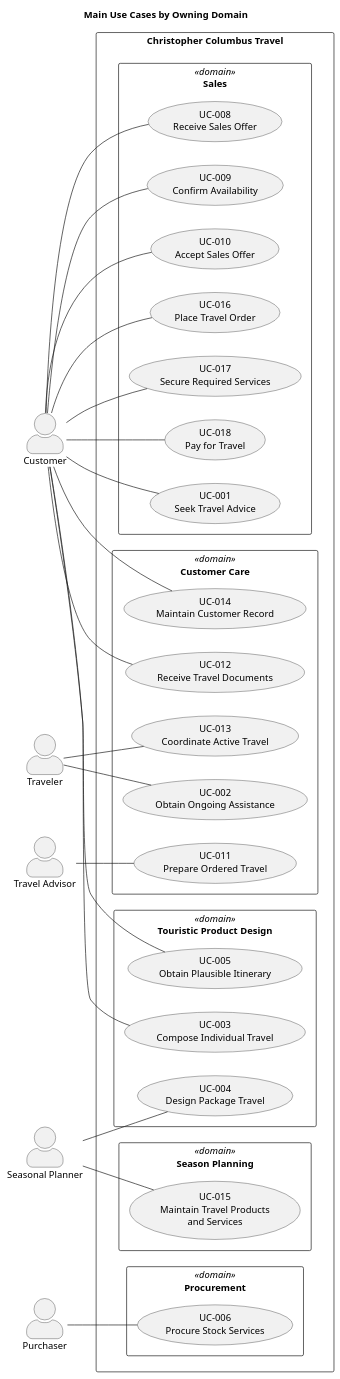
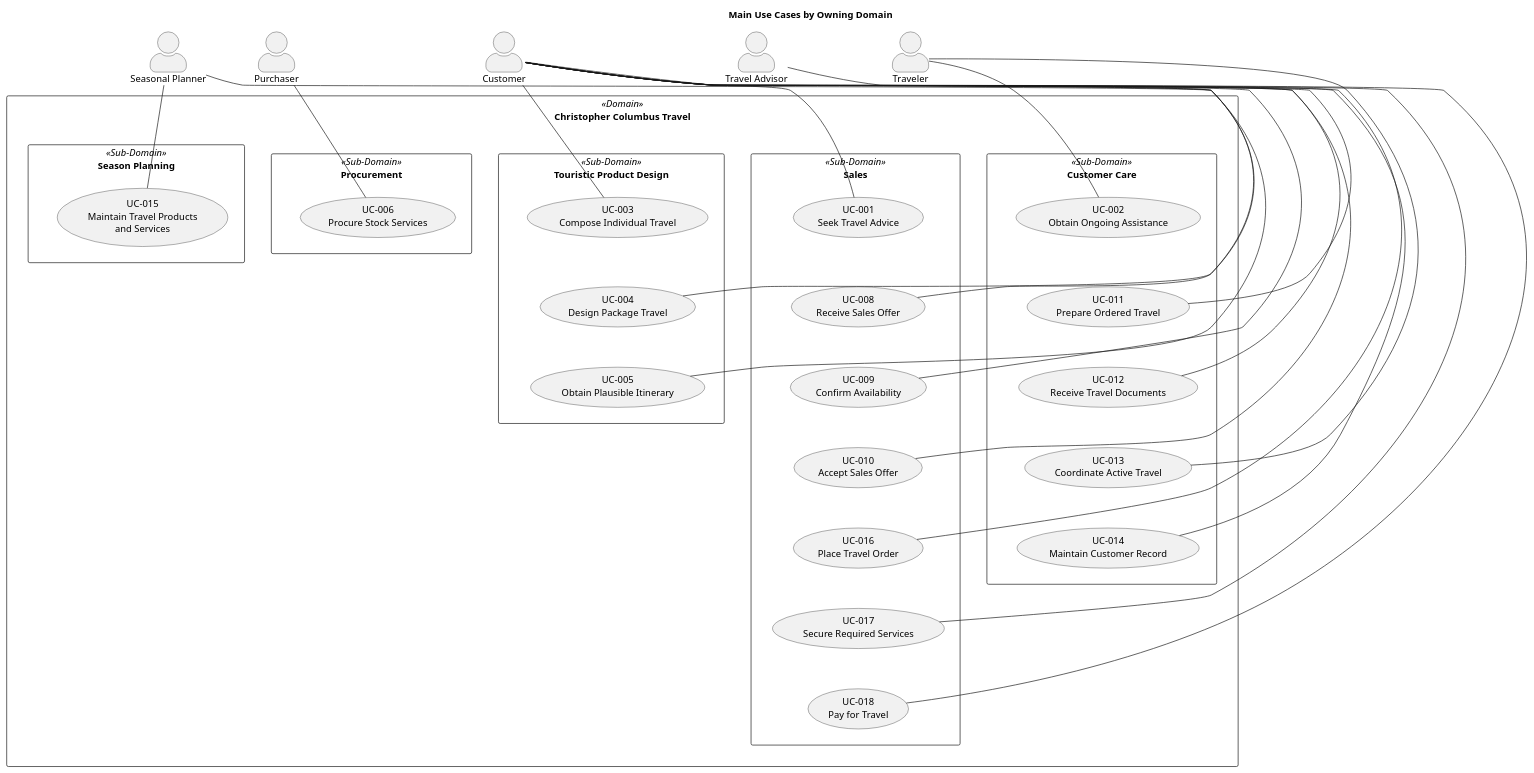
One commit to hochschule-darmstadt/a3se_app changed the diagram in docs/requirements/use-cases/overview.puml. Above: the diagram before and after it, drawn with PlantUML. The commit also changed 44 other files, not shown here.

```diff
--- a/docs/requirements/use-cases/overview.puml
+++ b/docs/requirements/use-cases/overview.puml
@@ -1,63 +1,93 @@
 @startuml
 title Main Use Cases by Owning Domain
 
-left to right direction
 skinparam shadowing false
 skinparam packageStyle rectangle
 skinparam actorStyle awesome
 
 actor Customer
 actor Traveler
 actor "Travel Advisor" as Advisor
 actor "Seasonal Planner" as Planner
 actor Purchaser
 
-rectangle "Christopher Columbus Travel" {
-  package "Season Planning" <<domain>> {
+rectangle "Christopher Columbus Travel" as CCT <<Domain>> {
+  package "Season Planning" as SeasonPlanning <<Sub-Domain>> {
     usecase "UC-015\nMaintain Travel Products\nand Services" as UC015
   }
-  package "Procurement" <<domain>> {
+  package "Procurement" as ProcurementDomain <<Sub-Domain>> {
     usecase "UC-006\nProcure Stock Services" as UC006
   }
-  package "Touristic Product Design" <<domain>> {
+  package "Touristic Product Design" as ProductDesign <<Sub-Domain>> {
     usecase "UC-003\nCompose Individual Travel" as UC003
     usecase "UC-004\nDesign Package Travel" as UC004
     usecase "UC-005\nObtain Plausible Itinerary" as UC005
+
+    UC003 -[hidden]down- UC004
+    UC004 -[hidden]down- UC005
   }
-  package "Sales" <<domain>> {
+  package "Sales" as SalesDomain <<Sub-Domain>> {
     usecase "UC-001\nSeek Travel Advice" as UC001
     usecase "UC-008\nReceive Sales Offer" as UC008
     usecase "UC-009\nConfirm Availability" as UC009
     usecase "UC-010\nAccept Sales Offer" as UC010
     usecase "UC-016\nPlace Travel Order" as UC016
     usecase "UC-017\nSecure Required Services" as UC017
     usecase "UC-018\nPay for Travel" as UC018
+
+    UC001 -[hidden]down- UC008
+    UC008 -[hidden]down- UC009
+    UC009 -[hidden]down- UC010
+    UC010 -[hidden]down- UC016
+    UC016 -[hidden]down- UC017
+    UC017 -[hidden]down- UC018
   }
-  package "Customer Care" <<domain>> {
+  package "Customer Care" as CustomerCare <<Sub-Domain>> {
     usecase "UC-002\nObtain Ongoing Assistance" as UC002
     usecase "UC-011\nPrepare Ordered Travel" as UC011
     usecase "UC-012\nReceive Travel Documents" as UC012
     usecase "UC-013\nCoordinate Active Travel" as UC013
     usecase "UC-014\nMaintain Customer Record" as UC014
+
+    UC002 -[hidden]down- UC011
+    UC011 -[hidden]down- UC012
+    UC012 -[hidden]down- UC013
+    UC013 -[hidden]down- UC014
   }
+
+  SeasonPlanning -[hidden]right-> ProcurementDomain
+  ProcurementDomain -[hidden]right-> ProductDesign
+  ProductDesign -[hidden]right-> SalesDomain
+  SalesDomain -[hidden]right-> CustomerCare
 }
 
-Customer -- UC001
-Traveler -- UC002
-Customer -- UC003
-Planner -- UC004
-Customer -- UC005
-Purchaser -- UC006
-Customer -- UC008
-Customer -- UC009
-Customer -- UC010
-Advisor -- UC011
-Customer -- UC012
-Traveler -- UC013
-Customer -- UC014
-Planner -- UC015
-Customer -- UC016
-Customer -- UC017
-Customer -- UC018
+Planner -[hidden]right-> Purchaser
+Purchaser -[hidden]right-> Customer
+Customer -[hidden]right-> Advisor
+Advisor -[hidden]right-> Traveler
+
+Planner -[hidden]down-> SeasonPlanning
+Purchaser -[hidden]down-> ProcurementDomain
+Customer -[hidden]down-> ProductDesign
+Advisor -[hidden]down-> SalesDomain
+Traveler -[hidden]down-> CustomerCare
+
+Customer -[norank]- UC001
+Traveler -[norank]- UC002
+Customer -[norank]- UC003
+Planner -[norank]- UC004
+Customer -[norank]- UC005
+Purchaser -[norank]- UC006
+Customer -[norank]- UC008
+Customer -[norank]- UC009
+Customer -[norank]- UC010
+Advisor -[norank]- UC011
+Customer -[norank]- UC012
+Traveler -[norank]- UC013
+Customer -[norank]- UC014
+Planner -[norank]- UC015
+Customer -[norank]- UC016
+Customer -[norank]- UC017
+Customer -[norank]- UC018
 
 @enduml
```
